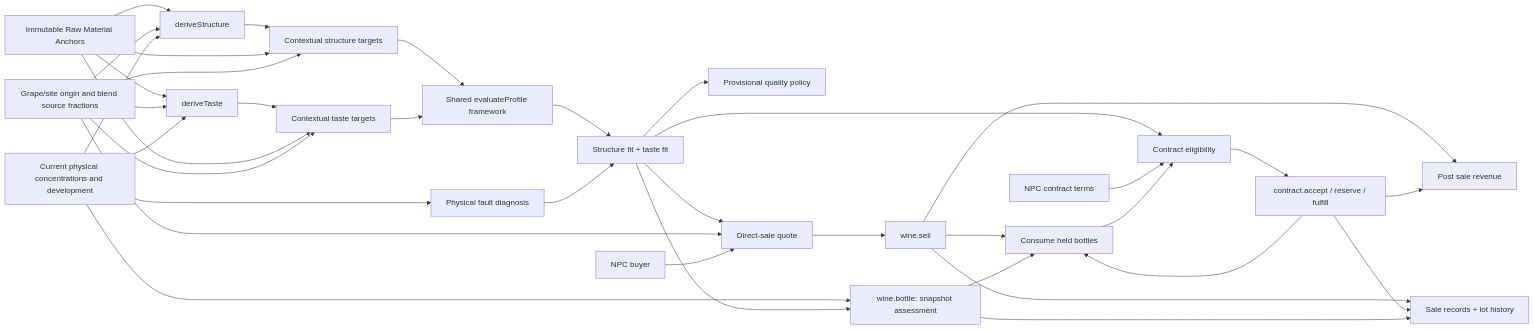
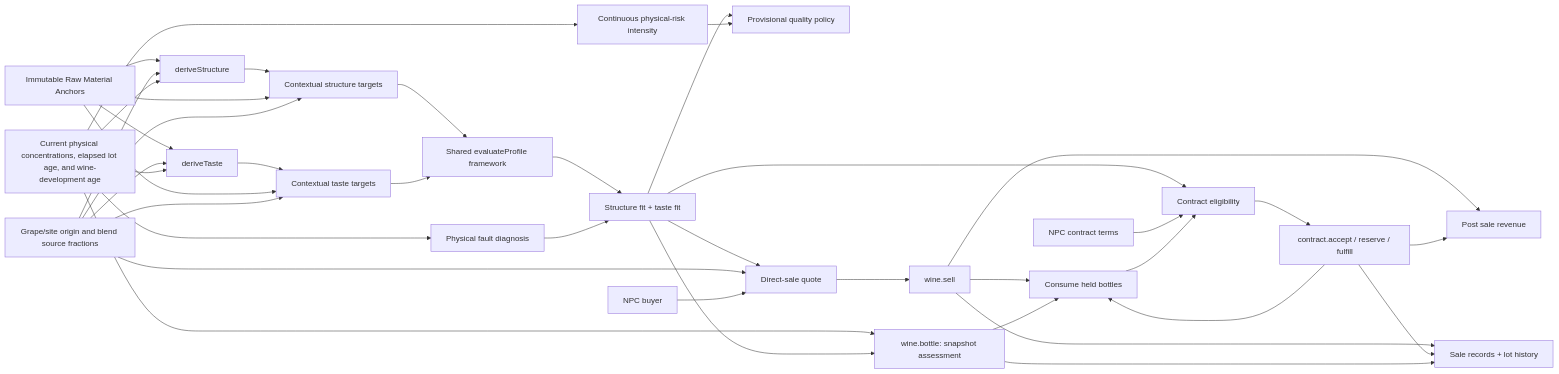
The second of 2 diagrams in docs/WorkingDocs/VariableRelationshipMap.md (gram12321/winemaker05), drawn with Mermaid before and after one commit. The commit also changed other lines of this file and 54 other files, not shown here.

````diff
--- a/docs/WorkingDocs/VariableRelationshipMap.md
+++ b/docs/WorkingDocs/VariableRelationshipMap.md
@@ -52,42 +52,44 @@
 ```mermaid
 flowchart LR
   ANCHORS["Immutable Raw Material Anchors"] --> STRUCT["deriveStructure"]
   ANCHORS --> TASTE["deriveTaste"]
   ORIGIN["Grape/site origin and blend source fractions"] --> STRUCT
   ORIGIN --> TASTE
-  PHYSICAL["Current physical concentrations and development"] --> STRUCT
+  PHYSICAL["Current physical concentrations, elapsed lot age, and wine-development age"] --> STRUCT
   PHYSICAL --> TASTE
   PHYSICAL --> FAULTS["Physical fault diagnosis"]
+  PHYSICAL --> RISK["Continuous physical-risk intensity"]
 
   STRUCT --> STARGET["Contextual structure targets"]
   TASTE --> TTARGET["Contextual taste targets"]
   ANCHORS --> STARGET
   ANCHORS --> TTARGET
   ORIGIN --> STARGET
   ORIGIN --> TTARGET
   STARGET --> SCORE["Shared evaluateProfile framework"]
   TTARGET --> SCORE
   SCORE --> ASSESS["Structure fit + taste fit"]
   FAULTS --> ASSESS
   ASSESS --> QUALITY["Provisional quality policy"]
+  RISK --> QUALITY
 
   ASSESS --> QUOTE["Direct-sale quote"]
   ORIGIN --> QUOTE
   CUSTOMER["NPC buyer"] --> QUOTE
   QUOTE --> SELL["wine.sell"]
   SELL --> INV["Consume held bottles"]
   SELL --> FIN["Post sale revenue"]
   SELL --> HISTORY["Sale records + lot history"]
   ASSESS --> ELIGIBLE["Contract eligibility"]
   CONTRACT["NPC contract terms"] --> ELIGIBLE
   INV --> ELIGIBLE
   ELIGIBLE --> CONTRACTCMD["contract.accept / reserve / fulfill"]
   CONTRACTCMD --> INV
   CONTRACTCMD --> FIN
   CONTRACTCMD --> HISTORY
 
   PHYSICAL --> BOTTLE["wine.bottle: snapshot assessment"]
   ASSESS --> BOTTLE
   BOTTLE --> INV
   BOTTLE --> HISTORY
 ```
````
